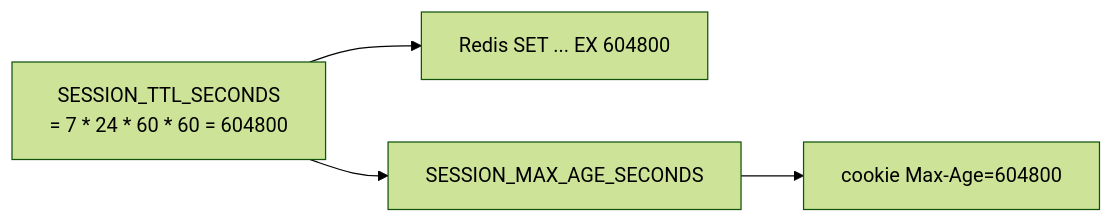
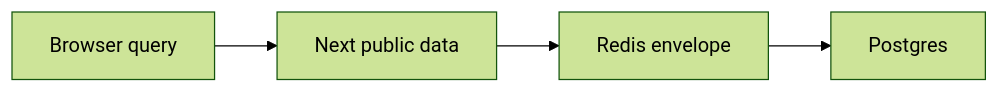
Before and after one commit to maheshnd/minitickets: the diagram in docs/handbook/concepts/ttl.md, drawn with Mermaid (forest theme). The commit also changed other lines of this file and 182 other files, not shown here.

````diff
--- a/docs/handbook/concepts/ttl.md
+++ b/docs/handbook/concepts/ttl.md
@@ -20,6 +17,7 @@
 ```mermaid
 flowchart LR
-    c["SESSION_TTL_SECONDS<br/>= 7 * 24 * 60 * 60 = 604800"] --> r["Redis SET ... EX 604800"]
-    c --> s["SESSION_MAX_AGE_SECONDS"]
-    s --> k["cookie Max-Age=604800"]
+    n0["Browser query"] --> n1
+    n1["Next public data"] --> n2
+    n2["Redis envelope"] --> n3
+    n3["Postgres"]
 ```
````
